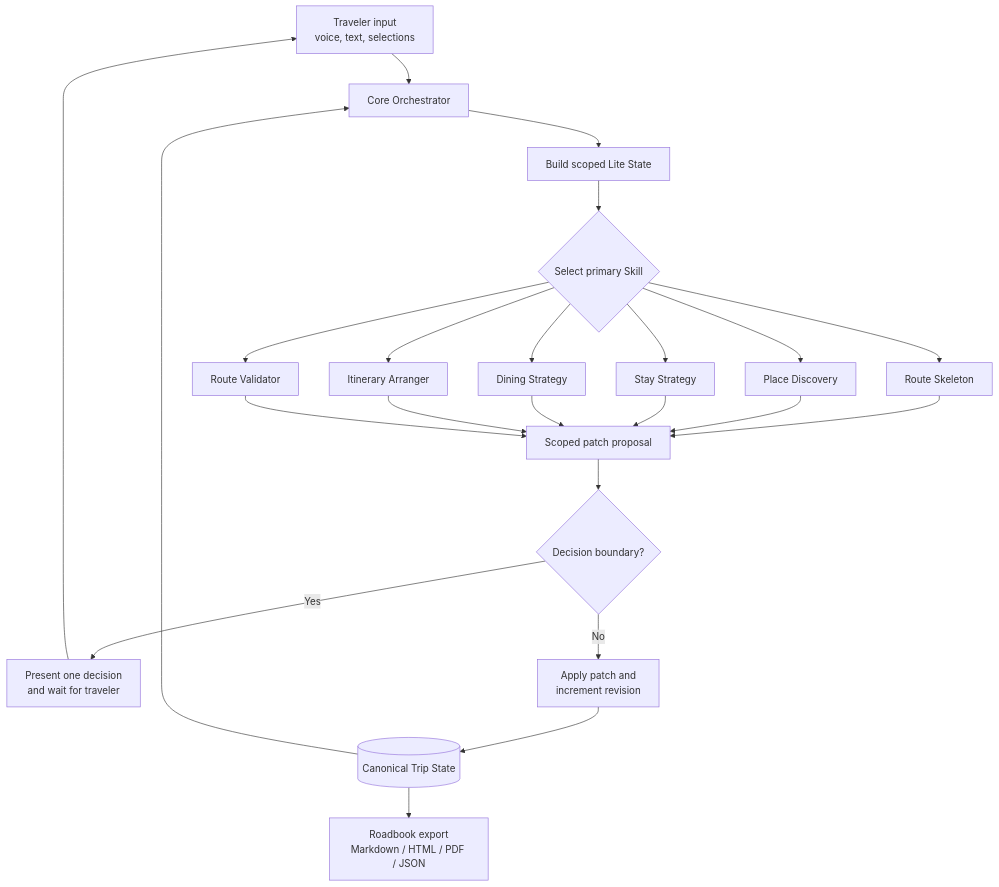
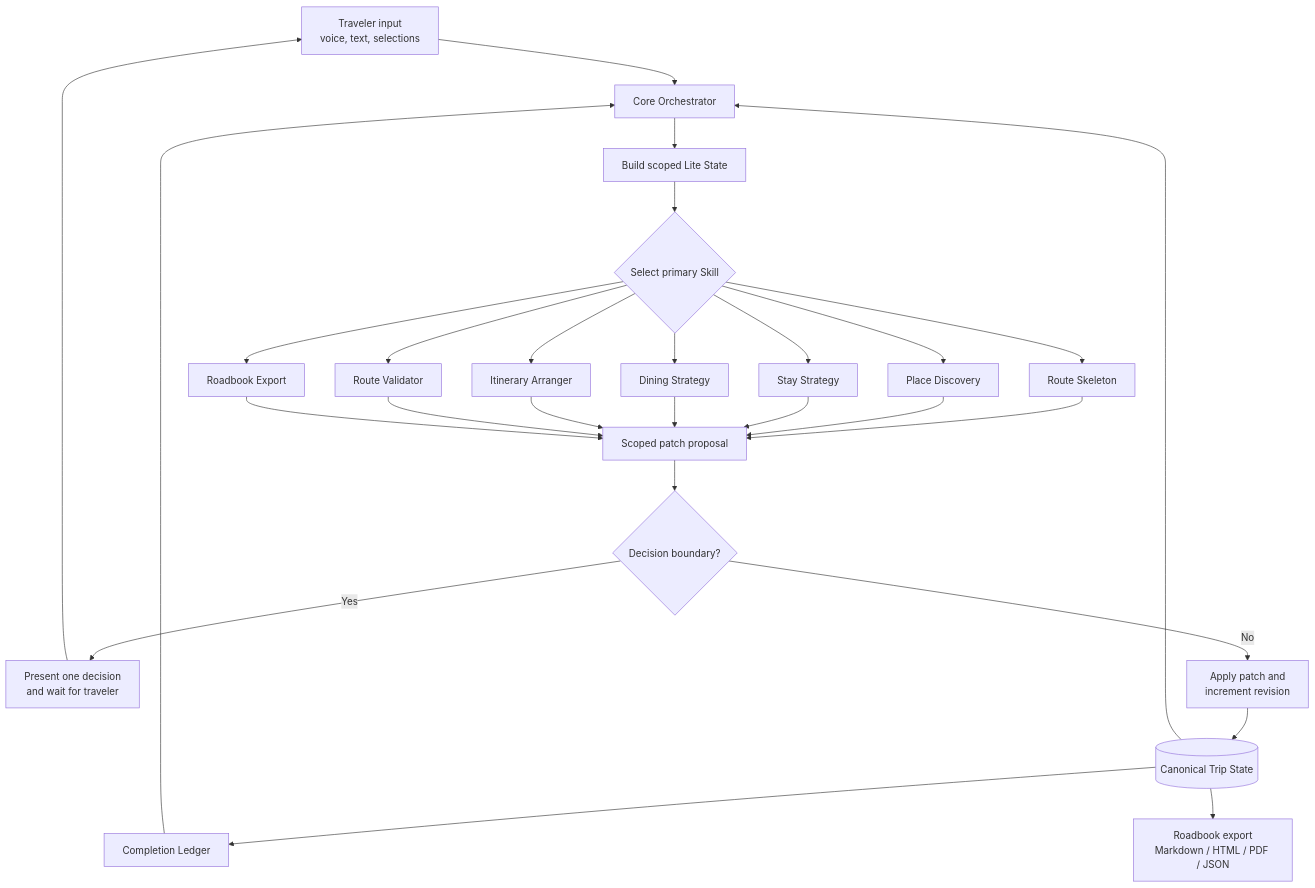
One commit to kurtstone922-blip/travel-reality-copilot changed the first of 2 diagrams in ARCHITECTURE.md. Above: the diagram before and after it, drawn with Mermaid. The commit also changed 47 other files, not shown here.

Commit message:
Add completion tracking and roadbook export in v0.1.2

````diff
--- a/ARCHITECTURE.md
+++ b/ARCHITECTURE.md
@@ -5,27 +5,31 @@
 ```mermaid
 flowchart TD
     U[Traveler input<br/>voice, text, selections] --> O[Core Orchestrator]
     O --> L[Build scoped Lite State]
     L --> R{Select primary Skill}
     R --> RS[Route Skeleton]
     R --> PD[Place Discovery]
     R --> SS[Stay Strategy]
     R --> DS[Dining Strategy]
     R --> IA[Itinerary Arranger]
     R --> RV[Route Validator]
+    R --> RE[Roadbook Export]
 
     RS --> P[Scoped patch proposal]
     PD --> P
     SS --> P
     DS --> P
     IA --> P
     RV --> P
+    RE --> P
 
     P --> D{Decision boundary?}
     D -- Yes --> C[Present one decision<br/>and wait for traveler]
     C --> U
     D -- No --> M[Apply patch and<br/>increment revision]
     M --> T[(Canonical Trip State)]
     T --> O
+    T --> CL[Completion Ledger]
+    CL --> O
     T --> E[Roadbook export<br/>Markdown / HTML / PDF / JSON]
 ```
````
